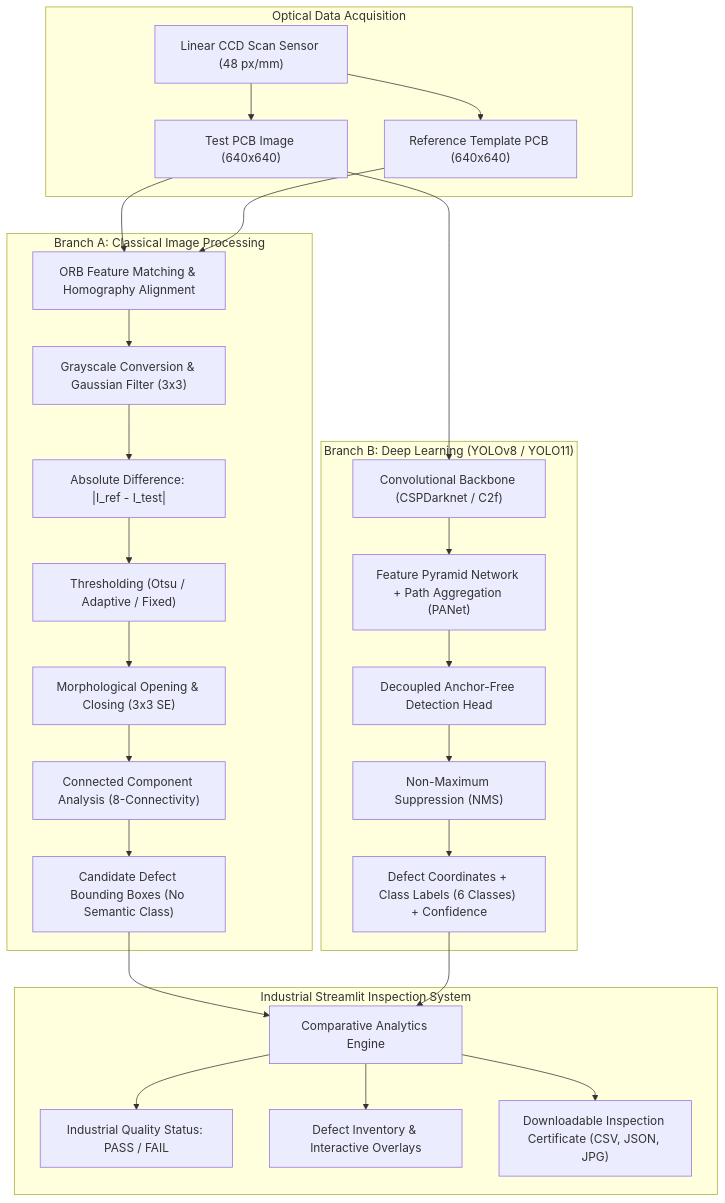
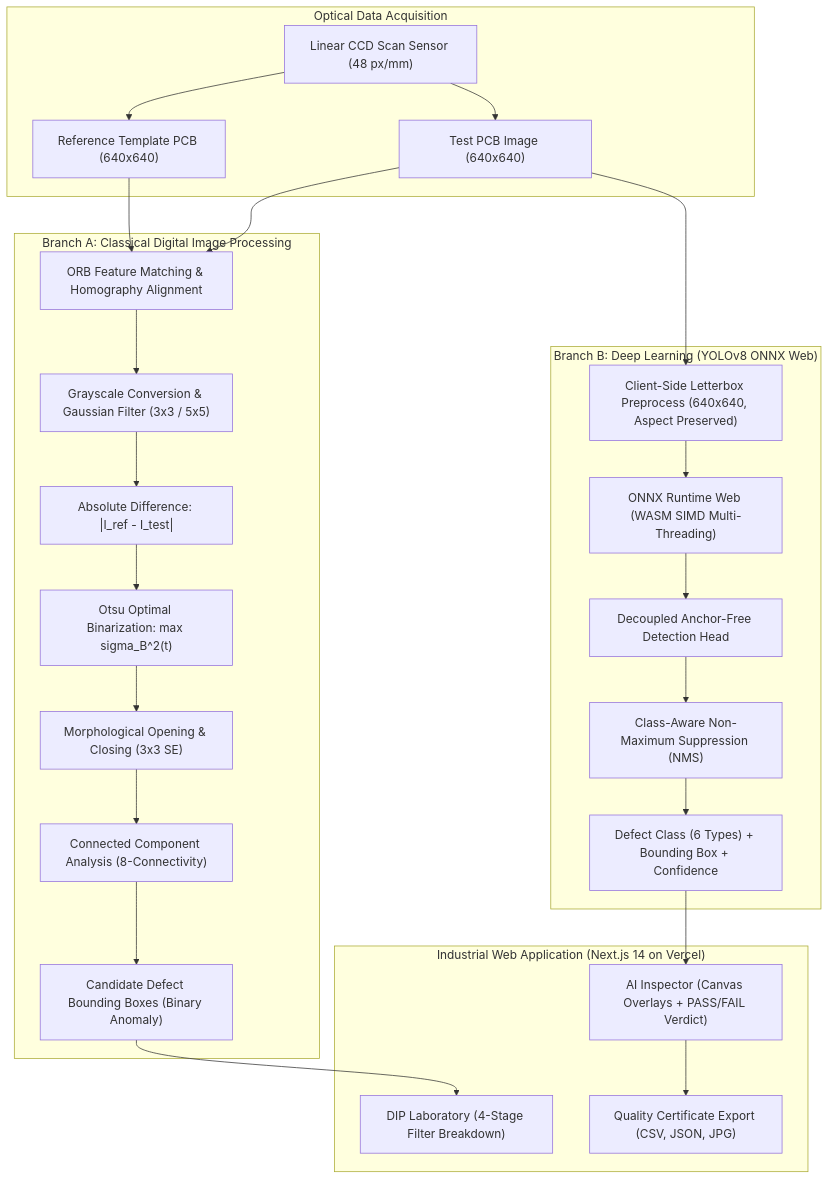
The diagram in ACADEMIC_REPORT.md (skmdshariff143-ai/PCB-Vision-AI), drawn with Mermaid before and after one commit. The commit also changed other lines of this file and 3 other files, not shown here.

````diff
--- a/ACADEMIC_REPORT.md
+++ b/ACADEMIC_REPORT.md
@@ -56,33 +58,31 @@
 ```mermaid
 flowchart TD
     subgraph SENSOR["Optical Data Acquisition"]
         A["Linear CCD Scan Sensor (48 px/mm)"] --> B["Test PCB Image (640x640)"]
         A --> C["Reference Template PCB (640x640)"]
     end
 
-    subgraph DIP["Branch A: Classical Image Processing"]
+    subgraph DIP["Branch A: Classical Digital Image Processing"]
         B & C --> D["ORB Feature Matching & Homography Alignment"]
-        D --> E["Grayscale Conversion & Gaussian Filter (3x3)"]
+        D --> E["Grayscale Conversion & Gaussian Filter (3x3 / 5x5)"]
         E --> F["Absolute Difference: |I_ref - I_test|"]
-        F --> G["Thresholding (Otsu / Adaptive / Fixed)"]
+        F --> G["Otsu Optimal Binarization: max sigma_B^2(t)"]
         G --> H["Morphological Opening & Closing (3x3 SE)"]
         H --> I["Connected Component Analysis (8-Connectivity)"]
-        I --> J["Candidate Defect Bounding Boxes (No Semantic Class)"]
+        I --> J["Candidate Defect Bounding Boxes (Binary Anomaly)"]
     end
 
-    subgraph DL["Branch B: Deep Learning (YOLOv8 / YOLO11)"]
-        B --> K["Convolutional Backbone (CSPDarknet / C2f)"]
-        K --> L["Feature Pyramid Network + Path Aggregation (PANet)"]
+    subgraph DL["Branch B: Deep Learning (YOLOv8 ONNX Web)"]
+        B --> K["Client-Side Letterbox Preprocess (640x640, Aspect Preserved)"]
+        K --> L["ONNX Runtime Web (WASM SIMD Multi-Threading)"]
         L --> M["Decoupled Anchor-Free Detection Head"]
-        M --> N["Non-Maximum Suppression (NMS)"]
-        N --> O["Defect Coordinates + Class Labels (6 Classes) + Confidence"]
+        M --> N["Class-Aware Non-Maximum Suppression (NMS)"]
+        N --> O["Defect Class (6 Types) + Bounding Box + Confidence"]
     end
 
-    subgraph DASHBOARD["Industrial Streamlit Inspection System"]
-        J --> P["Comparative Analytics Engine"]
-        O --> P
-        P --> Q["Industrial Quality Status: PASS / FAIL"]
-        P --> R["Defect Inventory & Interactive Overlays"]
-        P --> S["Downloadable Inspection Certificate (CSV, JSON, JPG)"]
+    subgraph OUTPUT["Industrial Web Application (Next.js 14 on Vercel)"]
+        J --> P["DIP Laboratory (4-Stage Filter Breakdown)"]
+        O --> Q["AI Inspector (Canvas Overlays + PASS/FAIL Verdict)"]
+        Q --> R["Quality Certificate Export (CSV, JSON, JPG)"]
     end
 ```
````
